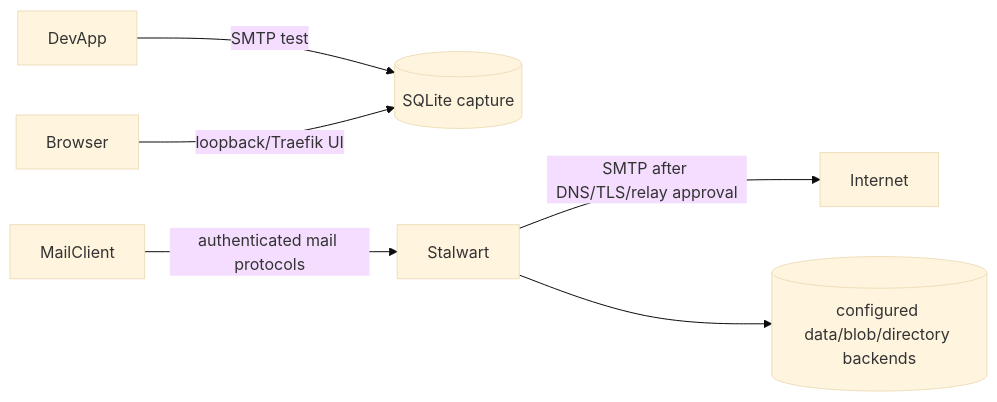
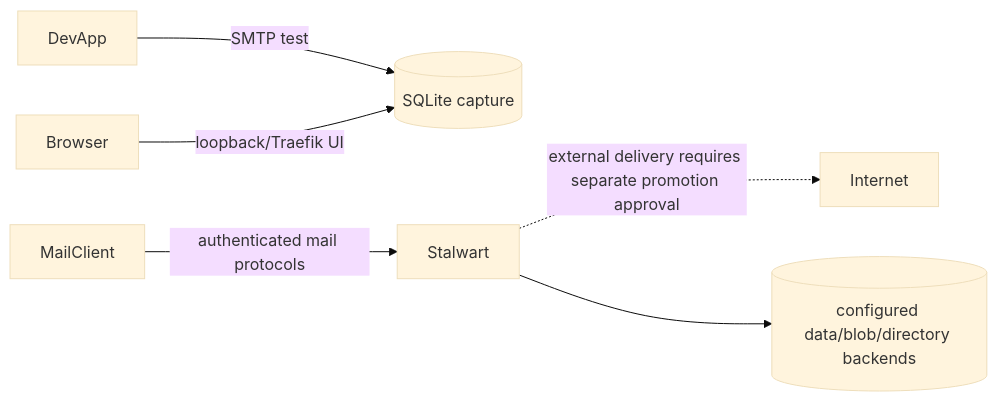
The diagram in docs/02.architecture/descriptions/0010-communication-architecture.md (buenhyden/hy-home.docker), drawn with Mermaid (base theme) before and after one commit. The commit also changed other lines of this file and 544 other files, not shown here.

````diff
--- a/docs/02.architecture/descriptions/0010-communication-architecture.md
+++ b/docs/02.architecture/descriptions/0010-communication-architecture.md
@@ -48,8 +44,8 @@
 ```mermaid
 flowchart LR
   DevApp -->|SMTP test| Mailpit[(SQLite capture)]
   Browser -->|loopback/Traefik UI| Mailpit
   MailClient -->|authenticated mail protocols| Stalwart
-  Stalwart -->|SMTP after DNS/TLS/relay approval| Internet
+  Stalwart -.->|external delivery requires separate promotion approval| Internet
   Stalwart --> Store[(configured data/blob/directory backends)]
 ```
````
